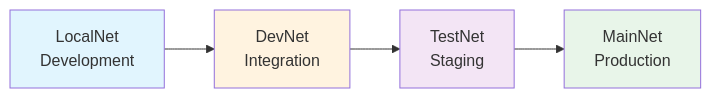
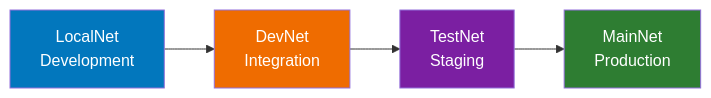
Before and after one commit to canton-network/cf-docs: the second of 2 diagrams in docs-main/overview/understand/global-synchronizer.mdx, drawn with Mermaid. The commit also changed other lines of this file and 26 other files, not shown here.

````diff
--- a/docs-main/overview/understand/global-synchronizer.mdx
+++ b/docs-main/overview/understand/global-synchronizer.mdx
@@ -139,14 +139,14 @@
 ```mermaid
 flowchart LR
     LOCAL[LocalNet<br>Development]
     DEV[DevNet<br>Integration]
     TEST[TestNet<br>Staging]
     MAIN[MainNet<br>Production]
 
     LOCAL --> DEV --> TEST --> MAIN
 
-    style LOCAL fill:#e1f5fe
-    style DEV fill:#fff3e0
-    style TEST fill:#f3e5f5
-    style MAIN fill:#e8f5e9
+    style LOCAL fill:#0277bd,color:#fff
+    style DEV fill:#ef6c00,color:#fff
+    style TEST fill:#7b1fa2,color:#fff
+    style MAIN fill:#2e7d32,color:#fff
 ```
````
